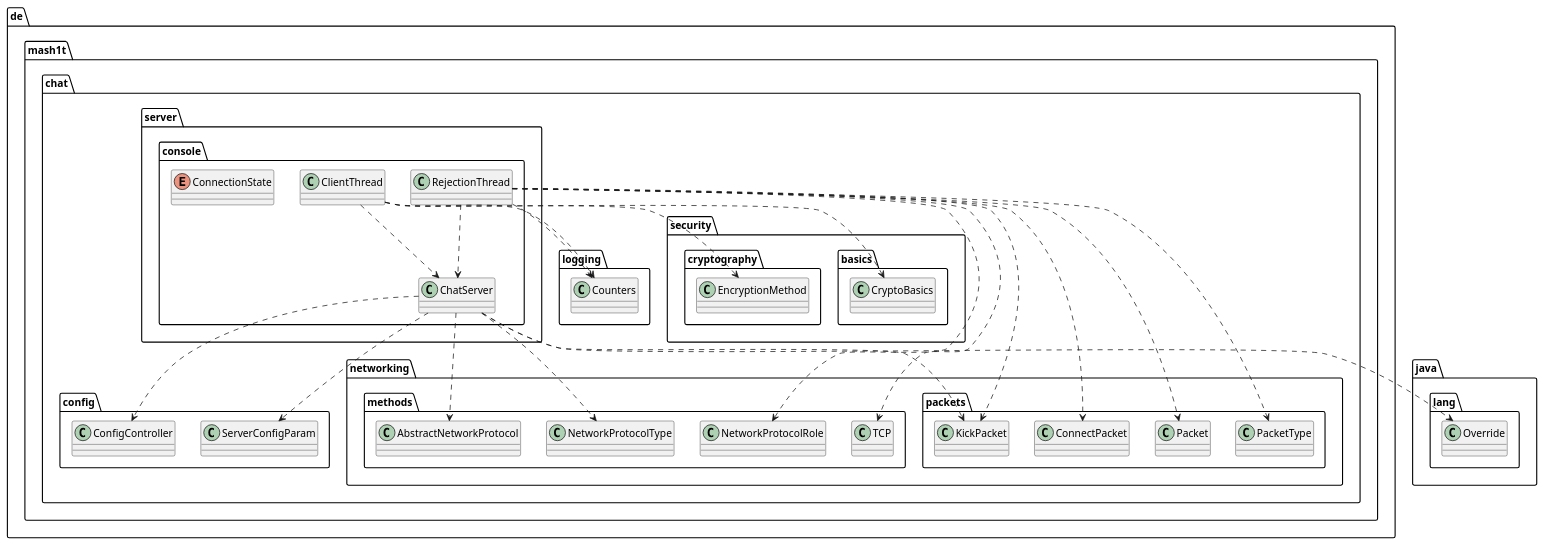
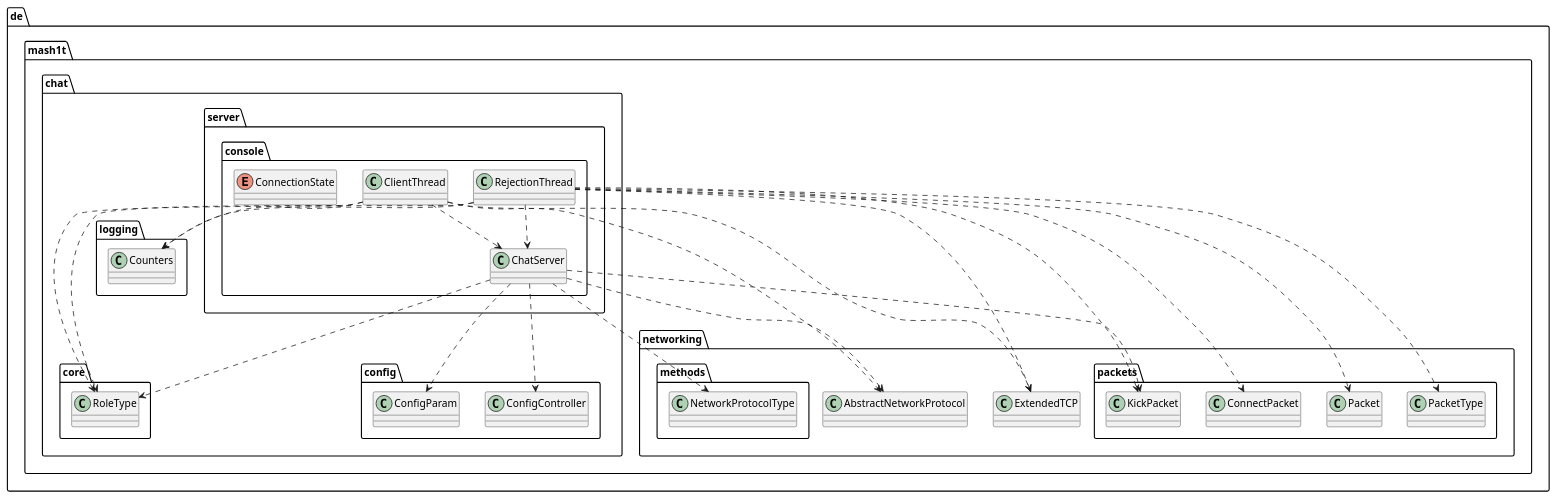
The diagram in Diagrams/UML/Class Diagrams/server/server.puml (MaSHOLution/tcpchat), drawn with PlantUML before and after one commit. The commit also changed 218 other files, not shown here.

Commit message:
[TASK] Updated javadoc and uml-diagrams

```diff
--- a/Diagrams/UML/Class Diagrams/server/server.puml
+++ b/Diagrams/UML/Class Diagrams/server/server.puml
@@ -1,37 +1,36 @@
 @startuml
 class de.mash1t.chat.config.ConfigController
-class de.mash1t.chat.config.ServerConfigParam
+class de.mash1t.chat.config.ConfigParam
+class de.mash1t.chat.core.RoleType
 class de.mash1t.chat.logging.Counters
-class de.mash1t.chat.networking.methods.AbstractNetworkProtocol
-class de.mash1t.chat.networking.methods.NetworkProtocolRole
-class de.mash1t.chat.networking.methods.NetworkProtocolType
-class de.mash1t.chat.networking.methods.TCP
-class de.mash1t.chat.networking.packets.ConnectPacket
-class de.mash1t.chat.networking.packets.KickPacket
-class de.mash1t.chat.networking.packets.Packet
-class de.mash1t.chat.networking.packets.PacketType
-class de.mash1t.chat.security.basics.CryptoBasics
-class de.mash1t.chat.security.cryptography.EncryptionMethod
 class de.mash1t.chat.server.console.ChatServer
 class de.mash1t.chat.server.console.ClientThread
 class de.mash1t.chat.server.console.RejectionThread
+class de.mash1t.networking.AbstractNetworkProtocol
+class de.mash1t.networking.ExtendedTCP
+class de.mash1t.networking.methods.NetworkProtocolType
+class de.mash1t.networking.packets.ConnectPacket
+class de.mash1t.networking.packets.KickPacket
+class de.mash1t.networking.packets.Packet
+class de.mash1t.networking.packets.PacketType
 enum de.mash1t.chat.server.console.ConnectionState
-de.mash1t.chat.server.console.ChatServer ..> java.lang.Override
 de.mash1t.chat.server.console.ChatServer ..> de.mash1t.chat.config.ConfigController
-de.mash1t.chat.server.console.ChatServer ..> de.mash1t.chat.config.ServerConfigParam
-de.mash1t.chat.server.console.ChatServer ..> de.mash1t.chat.networking.methods.AbstractNetworkProtocol
-de.mash1t.chat.server.console.ChatServer ..> de.mash1t.chat.networking.methods.NetworkProtocolType
-de.mash1t.chat.server.console.ChatServer ..> de.mash1t.chat.networking.packets.KickPacket
+de.mash1t.chat.server.console.ChatServer ..> de.mash1t.chat.config.ConfigParam
+de.mash1t.chat.server.console.ChatServer ..> de.mash1t.chat.core.RoleType
+de.mash1t.chat.server.console.ChatServer ..> de.mash1t.networking.AbstractNetworkProtocol
+de.mash1t.chat.server.console.ChatServer ..> de.mash1t.networking.methods.NetworkProtocolType
+de.mash1t.chat.server.console.ChatServer ..> de.mash1t.networking.packets.KickPacket
+de.mash1t.chat.server.console.ClientThread ..> de.mash1t.chat.core.RoleType
 de.mash1t.chat.server.console.ClientThread ..> de.mash1t.chat.logging.Counters
-de.mash1t.chat.server.console.ClientThread ..> de.mash1t.chat.security.basics.CryptoBasics
-de.mash1t.chat.server.console.ClientThread ..> de.mash1t.chat.security.cryptography.EncryptionMethod
 de.mash1t.chat.server.console.ClientThread ..> de.mash1t.chat.server.console.ChatServer
+de.mash1t.chat.server.console.ClientThread ..> de.mash1t.networking.AbstractNetworkProtocol
+de.mash1t.chat.server.console.ClientThread ..> de.mash1t.networking.ExtendedTCP
+de.mash1t.chat.server.console.RejectionThread ..> de.mash1t.chat.core.RoleType
 de.mash1t.chat.server.console.RejectionThread ..> de.mash1t.chat.logging.Counters
-de.mash1t.chat.server.console.RejectionThread ..> de.mash1t.chat.networking.methods.NetworkProtocolRole
-de.mash1t.chat.server.console.RejectionThread ..> de.mash1t.chat.networking.methods.TCP
-de.mash1t.chat.server.console.RejectionThread ..> de.mash1t.chat.networking.packets.ConnectPacket
-de.mash1t.chat.server.console.RejectionThread ..> de.mash1t.chat.networking.packets.KickPacket
-de.mash1t.chat.server.console.RejectionThread ..> de.mash1t.chat.networking.packets.Packet
-de.mash1t.chat.server.console.RejectionThread ..> de.mash1t.chat.networking.packets.PacketType
 de.mash1t.chat.server.console.RejectionThread ..> de.mash1t.chat.server.console.ChatServer
+de.mash1t.chat.server.console.RejectionThread ..> de.mash1t.networking.ExtendedTCP
+de.mash1t.chat.server.console.RejectionThread ..> de.mash1t.networking.packets.ConnectPacket
+de.mash1t.chat.server.console.RejectionThread ..> de.mash1t.networking.packets.KickPacket
+de.mash1t.chat.server.console.RejectionThread ..> de.mash1t.networking.packets.Packet
+de.mash1t.chat.server.console.RejectionThread ..> de.mash1t.networking.packets.PacketType
 @enduml
```
